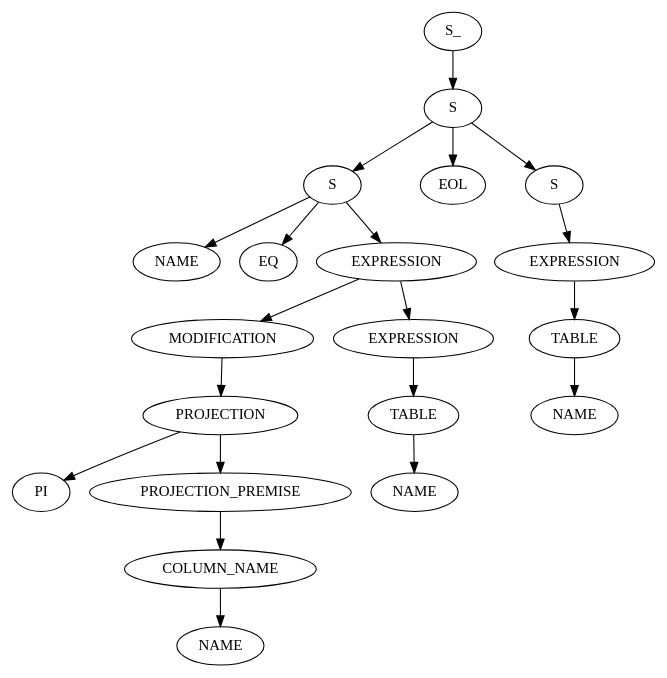
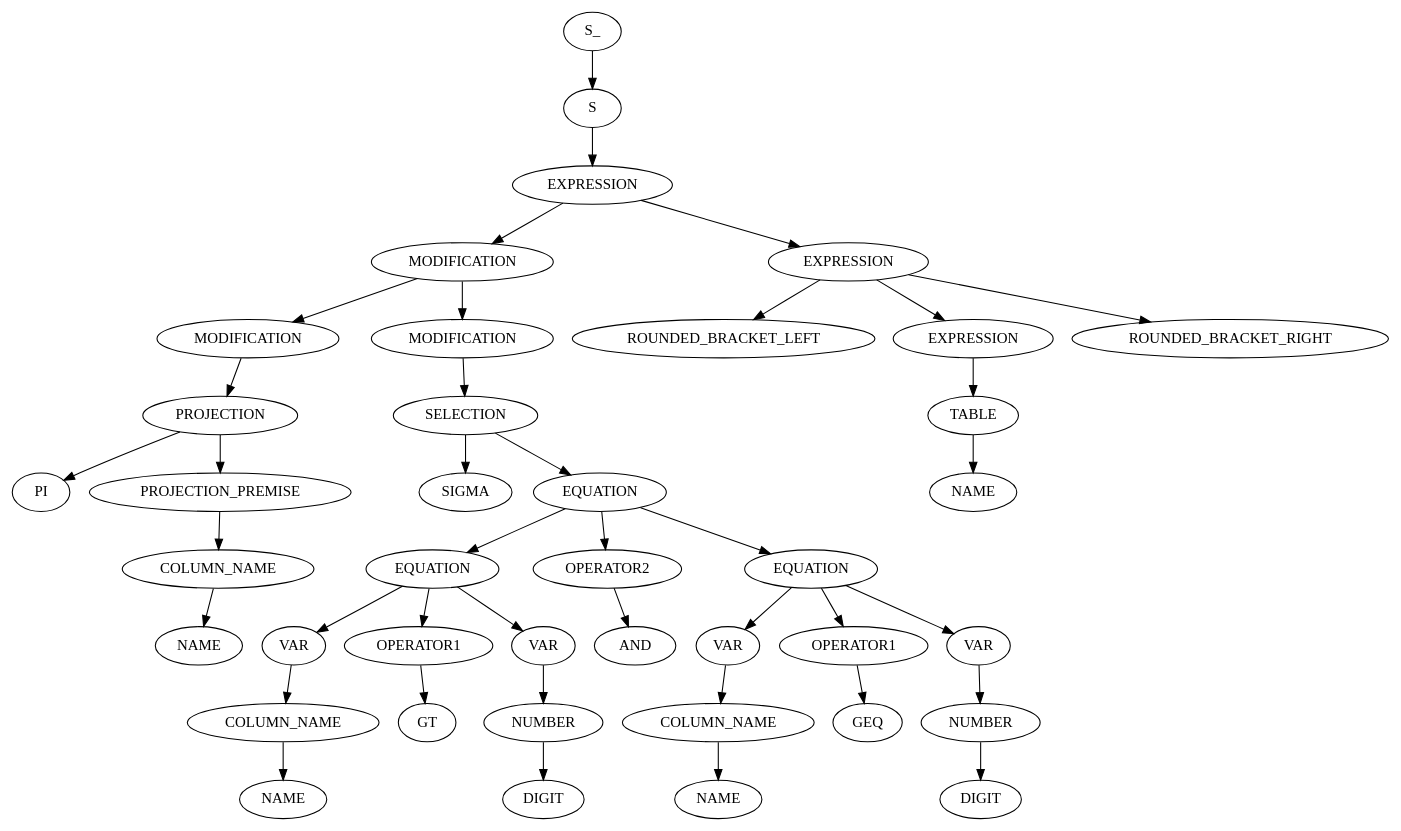
One commit to RobbeNooyens/RATSQL changed the diagram in output/out.dot. Above: the diagram before and after it, drawn with Graphviz. The commit also changed 2 other files, not shown here.

```diff
--- a/output/out.dot
+++ b/output/out.dot
@@ -1,41 +1,81 @@
 digraph ParseTree {
   0 [label="S_"];
   0 -> 1
   1 [label="S"];
   1 -> 2
-  2 [label="S"];
+  2 [label="EXPRESSION"];
   2 -> 3
-  3 [label="NAME"];
-  2 -> 4
-  4 [label="EQ"];
-  2 -> 5
-  5 [label="EXPRESSION"];
+  3 [label="MODIFICATION"];
+  3 -> 4
+  4 [label="MODIFICATION"];
+  4 -> 5
+  5 [label="PROJECTION"];
   5 -> 6
-  6 [label="MODIFICATION"];
-  6 -> 7
-  7 [label="PROJECTION"];
+  6 [label="PI"];
+  5 -> 7
+  7 [label="PROJECTION_PREMISE"];
   7 -> 8
-  8 [label="PI"];
-  7 -> 9
-  9 [label="PROJECTION_PREMISE"];
-  9 -> 10
-  10 [label="COLUMN_NAME"];
+  8 [label="COLUMN_NAME"];
+  8 -> 9
+  9 [label="NAME"];
+  3 -> 10
+  10 [label="MODIFICATION"];
   10 -> 11
-  11 [label="NAME"];
-  5 -> 12
-  12 [label="EXPRESSION"];
-  12 -> 13
-  13 [label="TABLE"];
+  11 [label="SELECTION"];
+  11 -> 12
+  12 [label="SIGMA"];
+  11 -> 13
+  13 [label="EQUATION"];
   13 -> 14
-  14 [label="NAME"];
-  1 -> 15
-  15 [label="EOL"];
-  1 -> 16
-  16 [label="S"];
+  14 [label="EQUATION"];
+  14 -> 15
+  15 [label="VAR"];
+  15 -> 16
+  16 [label="COLUMN_NAME"];
   16 -> 17
-  17 [label="EXPRESSION"];
-  17 -> 18
-  18 [label="TABLE"];
+  17 [label="NAME"];
+  14 -> 18
+  18 [label="OPERATOR1"];
   18 -> 19
-  19 [label="NAME"];
+  19 [label="GT"];
+  14 -> 20
+  20 [label="VAR"];
+  20 -> 21
+  21 [label="NUMBER"];
+  21 -> 22
+  22 [label="DIGIT"];
+  13 -> 23
+  23 [label="OPERATOR2"];
+  23 -> 24
+  24 [label=" AND "];
+  13 -> 25
+  25 [label="EQUATION"];
+  25 -> 26
+  26 [label="VAR"];
+  26 -> 27
+  27 [label="COLUMN_NAME"];
+  27 -> 28
+  28 [label="NAME"];
+  25 -> 29
+  29 [label="OPERATOR1"];
+  29 -> 30
+  30 [label="GEQ"];
+  25 -> 31
+  31 [label="VAR"];
+  31 -> 32
+  32 [label="NUMBER"];
+  32 -> 33
+  33 [label="DIGIT"];
+  2 -> 34
+  34 [label="EXPRESSION"];
+  34 -> 35
+  35 [label="ROUNDED_BRACKET_LEFT"];
+  34 -> 36
+  36 [label="EXPRESSION"];
+  36 -> 37
+  37 [label="TABLE"];
+  37 -> 38
+  38 [label="NAME"];
+  34 -> 39
+  39 [label="ROUNDED_BRACKET_RIGHT"];
 }
```
